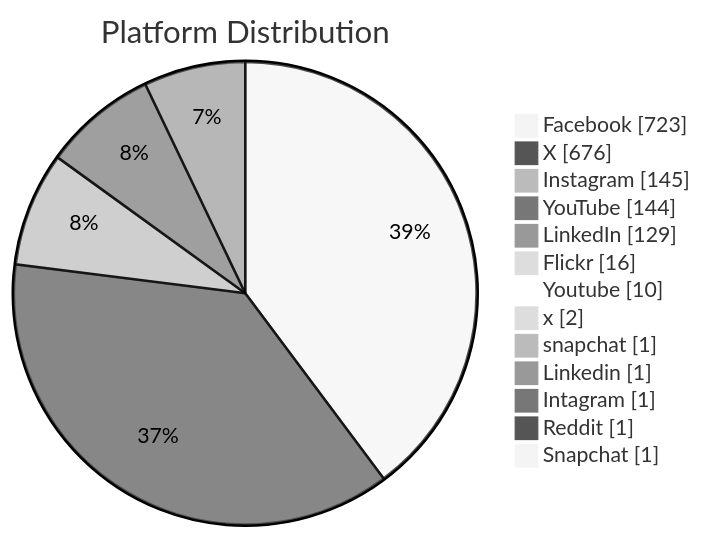
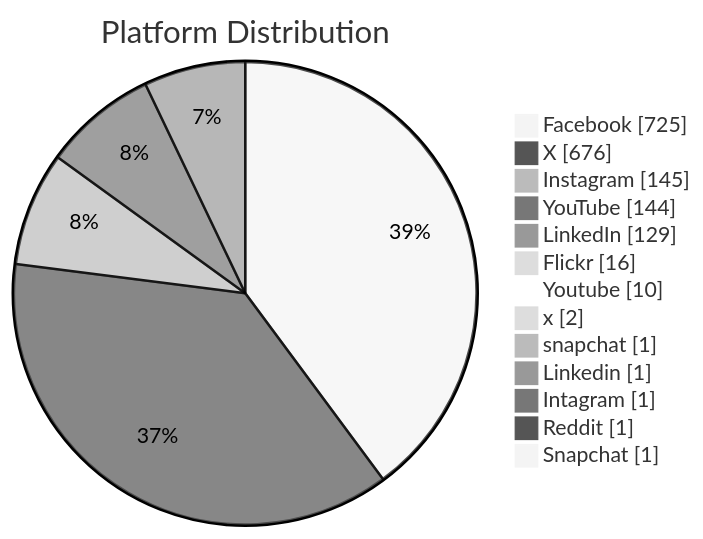
Before and after one commit to PatLittle/GC-Socials: the second of 6 diagrams in README.md, drawn with Mermaid (neutral theme). The commit also changed other lines of this file, not shown here.

Commit message:
Update README with Platform Distribution pie chart

````diff
--- a/README.md
+++ b/README.md
@@ -60,16 +62,16 @@
 ```mermaid
 pie showData title Platform Distribution
-    "Facebook": 723
+    "Facebook": 725
     "X": 676
     "Instagram": 145
     "YouTube": 144
     "LinkedIn": 129
     "Flickr": 16
     "Youtube": 10
     "x": 2
     "snapchat": 1
     "Linkedin": 1
     "Intagram": 1
     "Reddit": 1
     "Snapchat": 1
 ```
````
